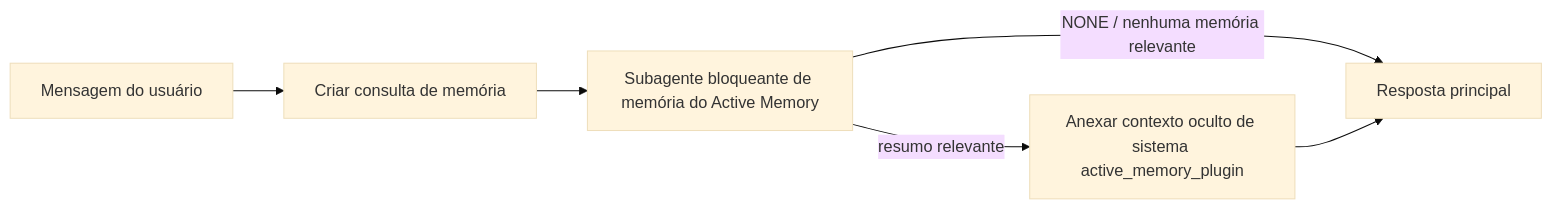
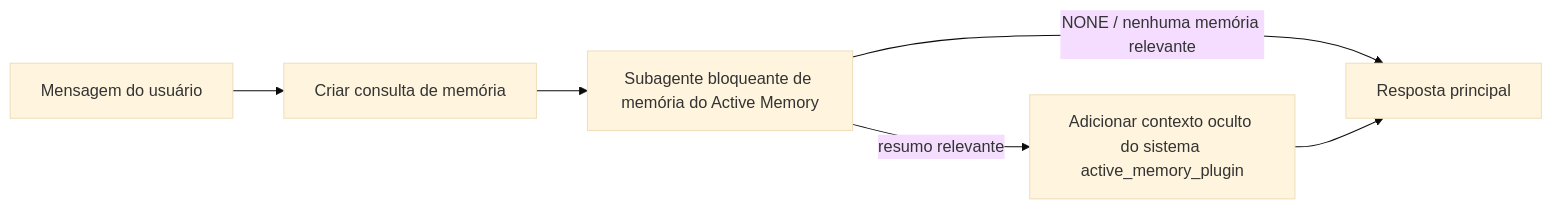
The diagram in docs/pt-BR/concepts/active-memory.md (openclaw/docs), drawn with Mermaid (base theme) before and after one commit. The commit also changed other lines of this file and 11240 other files, not shown here.

````diff
--- a/docs/pt-BR/concepts/active-memory.md
+++ b/docs/pt-BR/concepts/active-memory.md
@@ -85,8 +83,8 @@
 ```mermaid
 flowchart LR
   U["Mensagem do usuário"] --> Q["Criar consulta de memória"]
   Q --> R["Subagente bloqueante de memória do Active Memory"]
   R -->|NONE / nenhuma memória relevante| M["Resposta principal"]
-  R -->|resumo relevante| I["Anexar contexto oculto de sistema active_memory_plugin"]
+  R -->|resumo relevante| I["Adicionar contexto oculto do sistema active_memory_plugin"]
   I --> M["Resposta principal"]
 ```
````
